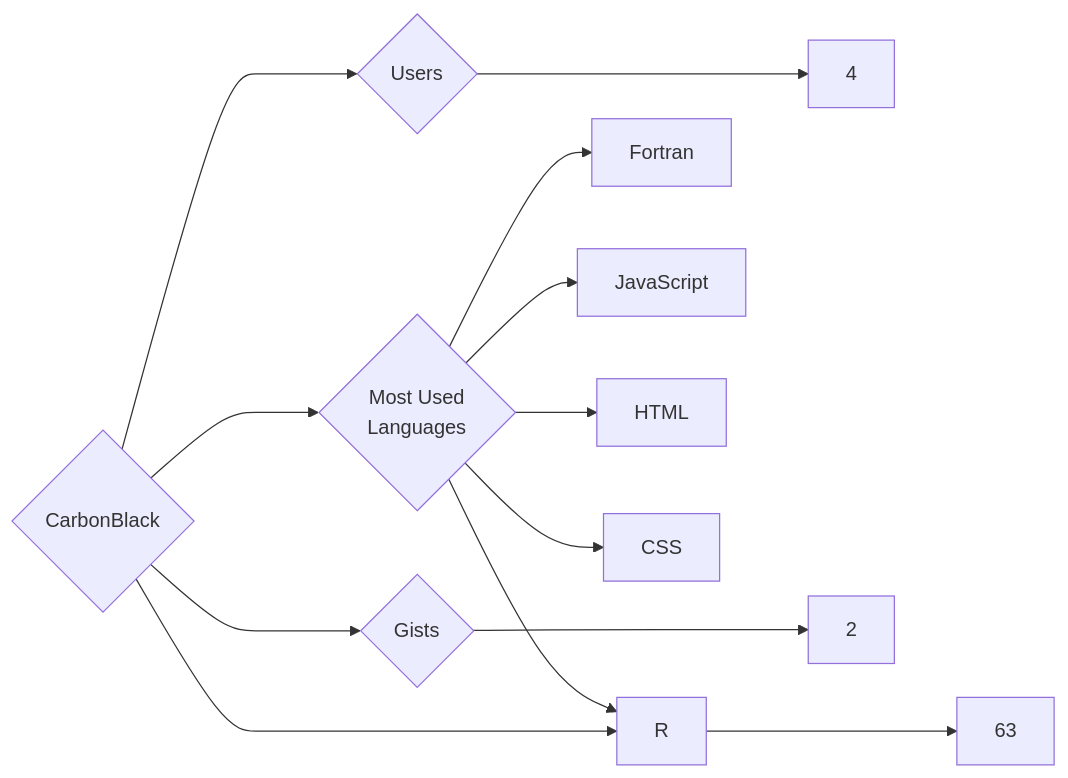
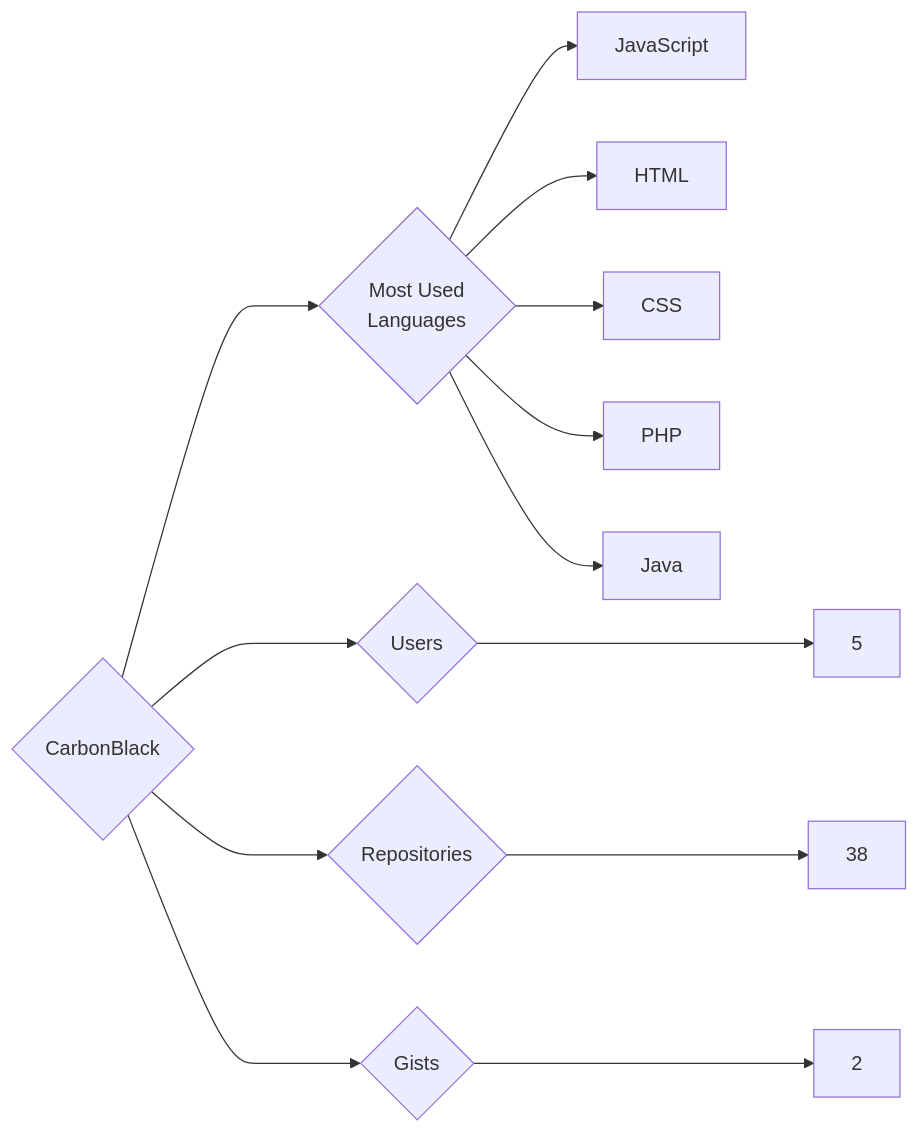
The diagram in targets/CarbonBlack/README.md (trickest/insiders), drawn with Mermaid before and after one commit. The commit also changed 847 other files, not shown here.

````diff
--- a/targets/CarbonBlack/README.md
+++ b/targets/CarbonBlack/README.md
@@ -3,13 +3,13 @@
 ```mermaid
 graph LR
 COMPANY_NAME{CarbonBlack}
-COMPANY_NAME ---> U{Users} ---> UN[4]
-COMPANY_NAME ---> R{Repositories} ---> RN[63]
+COMPANY_NAME ---> U{Users} ---> UN[5]
+COMPANY_NAME ---> R{Repositories} ---> RN[38]
 COMPANY_NAME ---> G{Gists} ---> GN[2]
 COMPANY_NAME ---> ML{Most Used<br>Languages}
-ML --> Fortran[Fortran]
 ML --> JavaScript[JavaScript]
 ML --> HTML[HTML]
-ML --> R[R]
 ML --> CSS[CSS]
+ML --> PHP[PHP]
+ML --> Java[Java]
 ```
````
